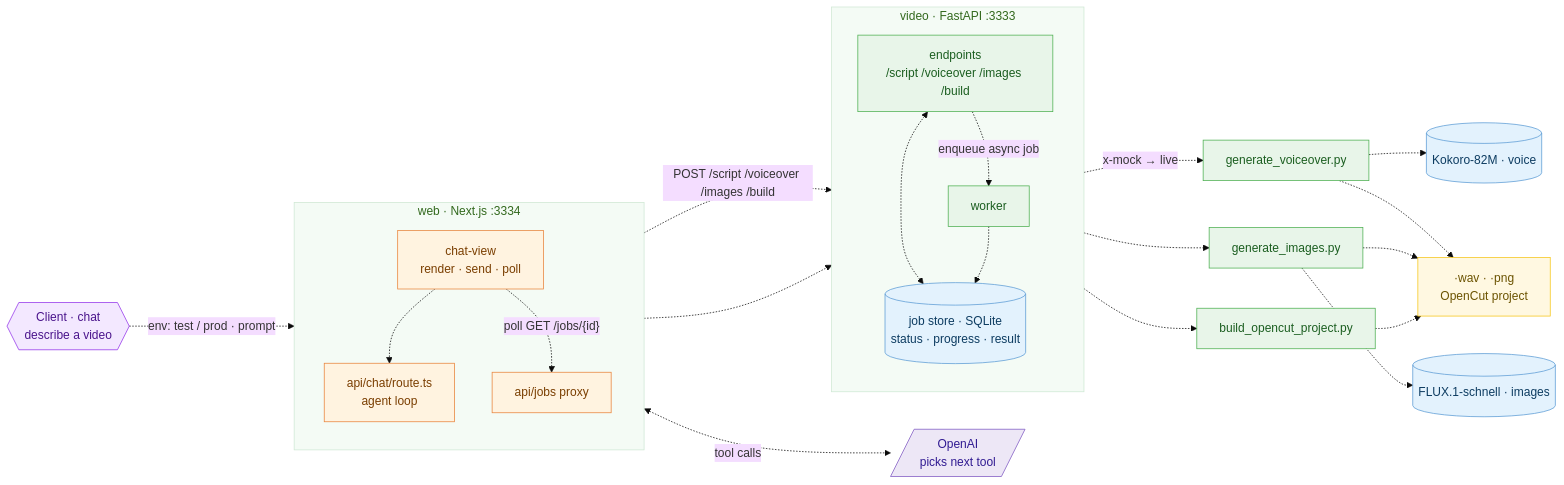
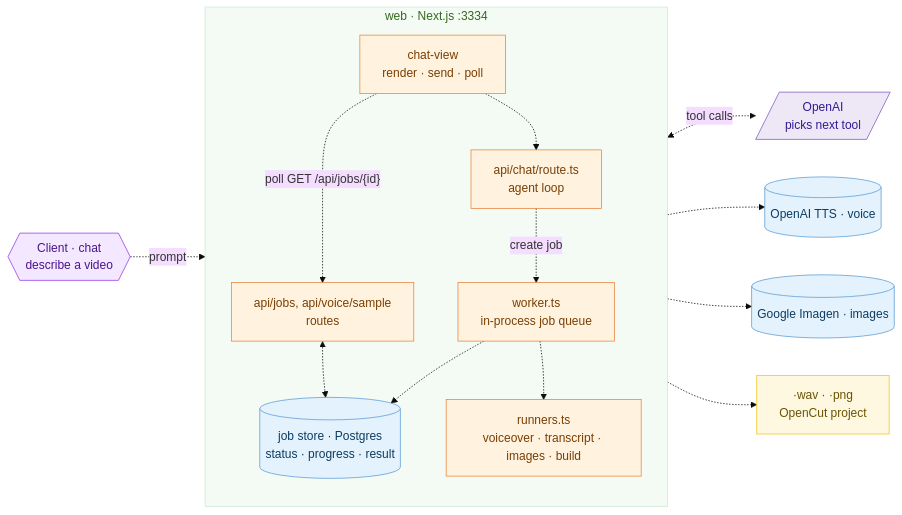
One commit to quochuydev/agent-chat changed the diagram in README.md. Above: the diagram before and after it, drawn with Mermaid (base theme). The commit also changed other lines of this file and 89 other files, not shown here.

````diff
--- a/README.md
+++ b/README.md
@@ -3,60 +3,46 @@
 ```mermaid
 flowchart LR
     U{{"Client · chat<br/>describe a video"}}
 
     subgraph WEB["web · Next.js :3334"]
         direction TB
         RT["api/chat/route.ts<br/>agent loop"]
         UI["chat-view<br/>render · send · poll"]
-        PX["api/jobs proxy"]
+        EP["api/jobs, api/voice/sample<br/>routes"]
+        WK["worker.ts<br/>in-process job queue"]
+        JS[("job store · Postgres<br/>status · progress · result")]
+        RN["runners.ts<br/>voiceover · transcript · images · build"]
     end
 
     LLM[/"OpenAI<br/>picks next tool"/]
-
-    subgraph API["video · FastAPI :3333"]
-        direction TB
-        EP["endpoints<br/>/script /voiceover /images /build"]
-        WK["worker"]
-        JS[("job store · SQLite<br/>status · progress · result")]
-    end
-
-    VO["generate_voiceover.py"]
-    IM["generate_images.py"]
-    BD["build_opencut_project.py"]
-
-    K[("Kokoro-82M · voice")]
-    FX[("FLUX.1-schnell · images")]
+    TTS[("OpenAI TTS · voice")]
+    IMG[("Google Imagen · images")]
     OUT["·wav · ·png<br/>OpenCut project"]
 
-    U -. "env: test / prod · prompt" .-> UI
+    U -. "prompt" .-> UI
     UI -.-> RT
     RT <-. "tool calls" .-> LLM
-    RT -. "POST /script /voiceover /images /build" .-> EP
-    UI -. "poll GET /jobs/{id}" .-> PX -.-> EP
-    EP -. "enqueue async job" .-> WK
-    EP <-.-> JS
+    RT -. "create job" .-> WK
+    UI -. "poll GET /api/jobs/{id}" .-> EP <-.-> JS
     WK -.-> JS
-    WK -. "x-mock → live" .-> VO -.-> K
-    WK -.-> IM -.-> FX
-    WK -.-> BD
-    VO -.-> OUT
-    IM -.-> OUT
-    BD -.-> OUT
+    WK -.-> RN
+    RN -.-> TTS
+    RN -.-> IMG
+    RN -.-> OUT
 
     classDef client fill:#f3e8ff,stroke:#9333ea,color:#4a148c;
     classDef agent  fill:#fff3e0,stroke:#e8833a,color:#7a3e00;
     classDef llm    fill:#ede7f6,stroke:#7e57c2,color:#311b92;
     classDef svc    fill:#e8f5e9,stroke:#4caf50,color:#1b5e20;
     classDef store  fill:#e3f2fd,stroke:#5b9bd5,color:#0d3c61;
     classDef out    fill:#fff8e1,stroke:#f5c518,color:#6b5300;
 
     class U client;
-    class RT,UI,PX agent;
+    class RT,UI,EP,WK,RN agent;
     class LLM llm;
-    class EP,WK,VO,IM,BD svc;
-    class JS,K,FX store;
+    class TTS,IMG store;
+    class JS store;
     class OUT out;
 
     style WEB fill:#f4fbf5,stroke:#cfe8d4,color:#33691e;
-    style API fill:#f4fbf5,stroke:#cfe8d4,color:#33691e;
 ```
````
